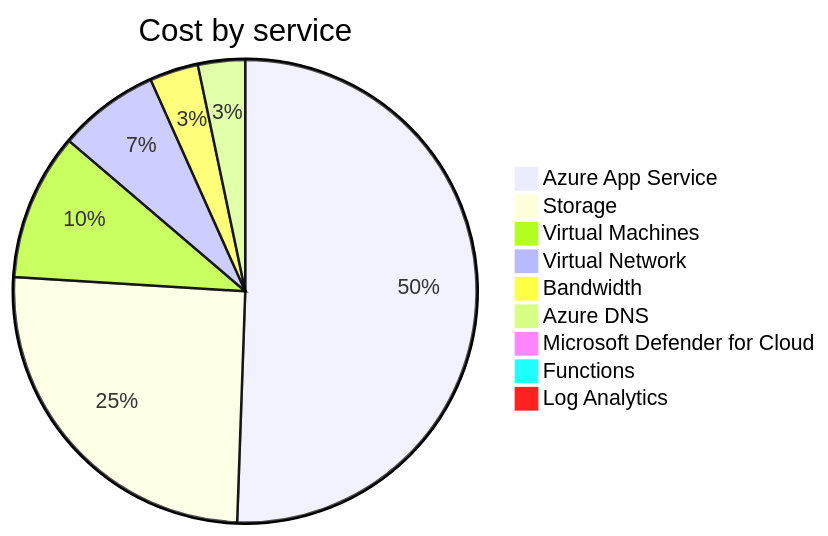
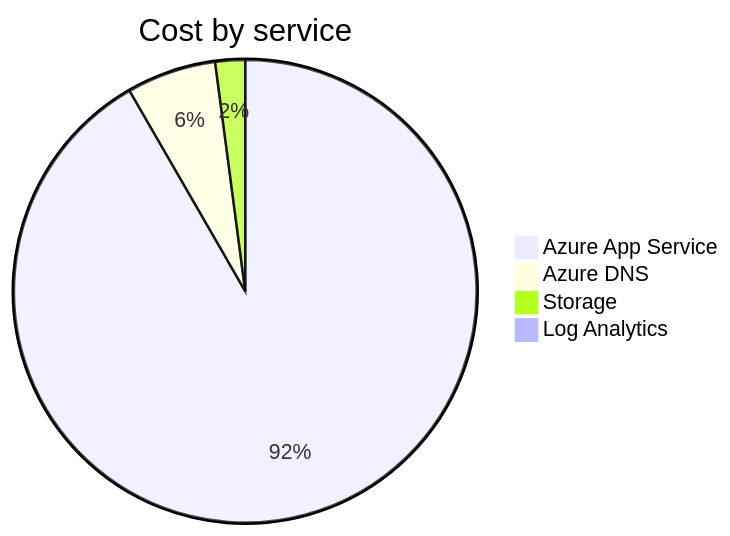
Before and after one commit to jpfulton/azure-personal-reports: the second of 4 diagrams in cost-reports/accumulated-cost.md, drawn with Mermaid. The commit also changed other lines of this file and 4 other files, not shown here.

````diff
--- a/cost-reports/accumulated-cost.md
+++ b/cost-reports/accumulated-cost.md
@@ -103,13 +96,8 @@
 ```mermaid
 pie
    title Cost by service
-   "Azure App Service" : 17.68
-   "Storage" : 8.89
-   "Virtual Machines" : 3.59
-   "Virtual Network" : 2.47
-   "Bandwidth" : 1.19
-   "Azure DNS" : 1.15
-   "Microsoft Defender for Cloud" : 0.10
-   "Functions" : 0.00
+   "Azure App Service" : 0.44
+   "Azure DNS" : 0.03
+   "Storage" : 0.01
    "Log Analytics" : 0.00
 ```
````
